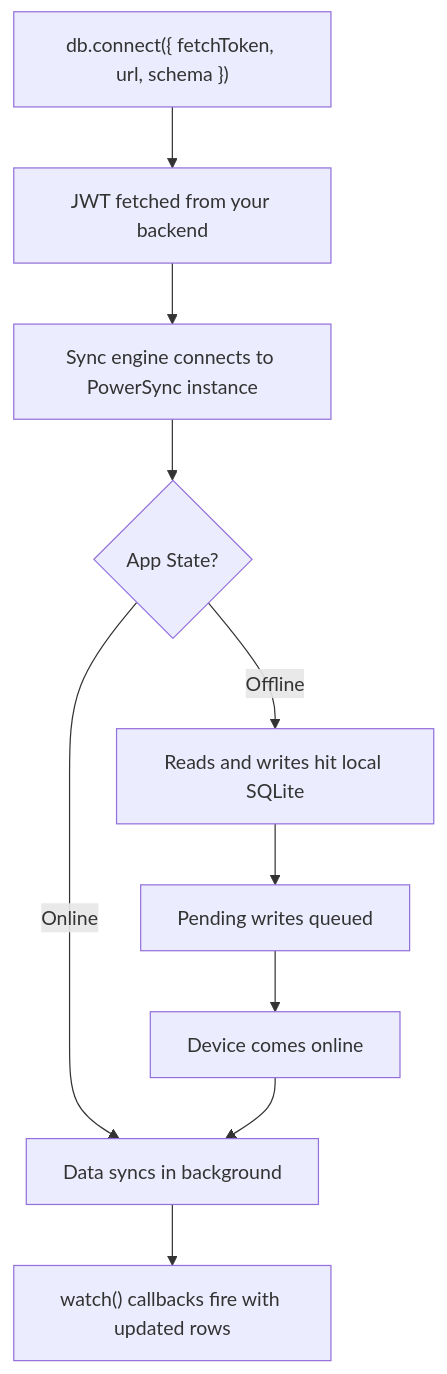
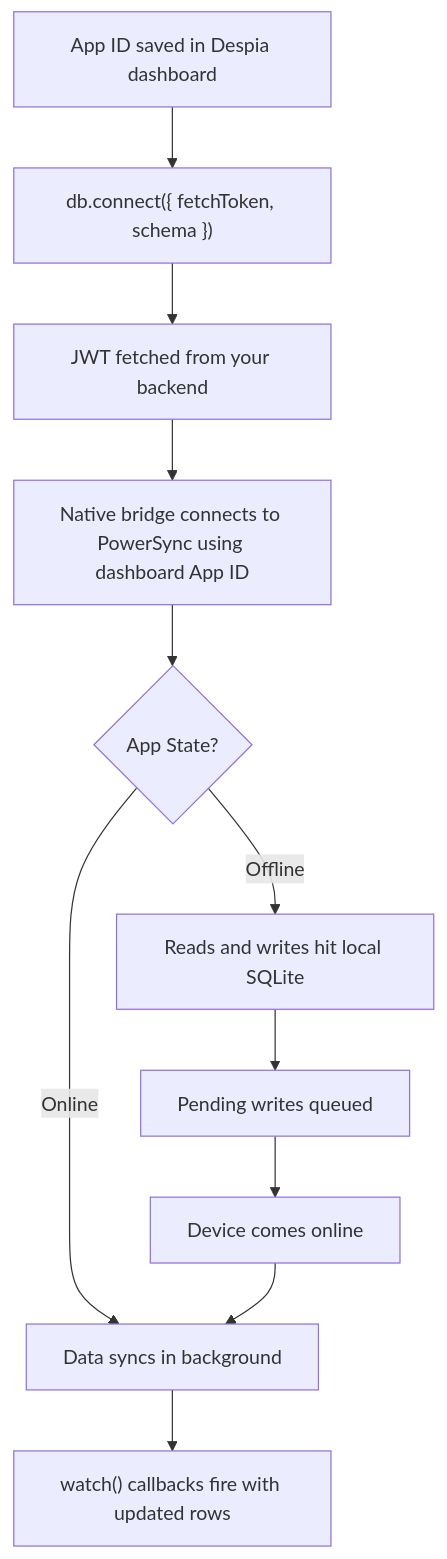
Before and after one commit to despia-native/docs: the diagram in local-database/reference.mdx, drawn with Mermaid. The commit also changed other lines of this file and 1 other file, not shown here.

First line of the commit message:
Update PowerSync availability and add dashboard setup docs

````diff
--- a/local-database/reference.mdx
+++ b/local-database/reference.mdx
@@ -347,12 +361,13 @@
 ```mermaid
 flowchart TD
-    A["db.connect({ fetchToken, url, schema })"] --> B["JWT fetched from your backend"]
-    B --> C["Sync engine connects to PowerSync instance"]
-    C --> D{"App State?"}
-    D -->|"Online"| E["Data syncs in background"]
-    D -->|"Offline"| F["Reads and writes hit local SQLite"]
-    F --> G["Pending writes queued"]
-    G --> H["Device comes online"]
-    H --> E
-    E --> I["watch() callbacks fire with updated rows"]
+    A["App ID saved in Despia dashboard"] --> B["db.connect({ fetchToken, schema })"]
+    B --> C["JWT fetched from your backend"]
+    C --> D["Native bridge connects to PowerSync using dashboard App ID"]
+    D --> E{"App State?"}
+    E -->|"Online"| F["Data syncs in background"]
+    E -->|"Offline"| G["Reads and writes hit local SQLite"]
+    G --> H["Pending writes queued"]
+    H --> I["Device comes online"]
+    I --> F
+    F --> J["watch() callbacks fire with updated rows"]
 ```
````
